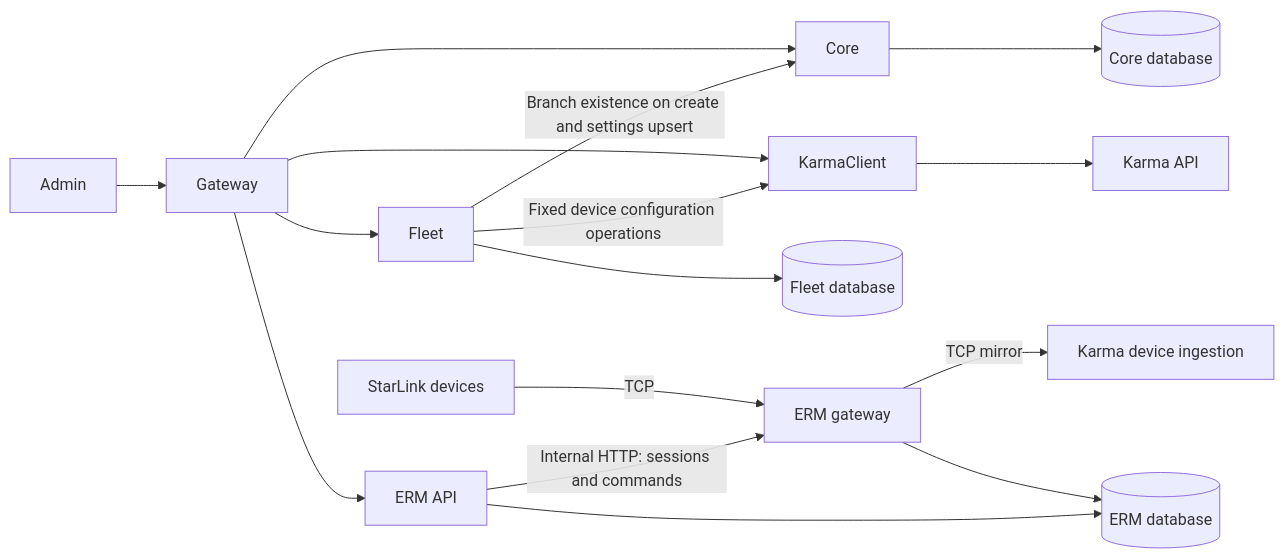
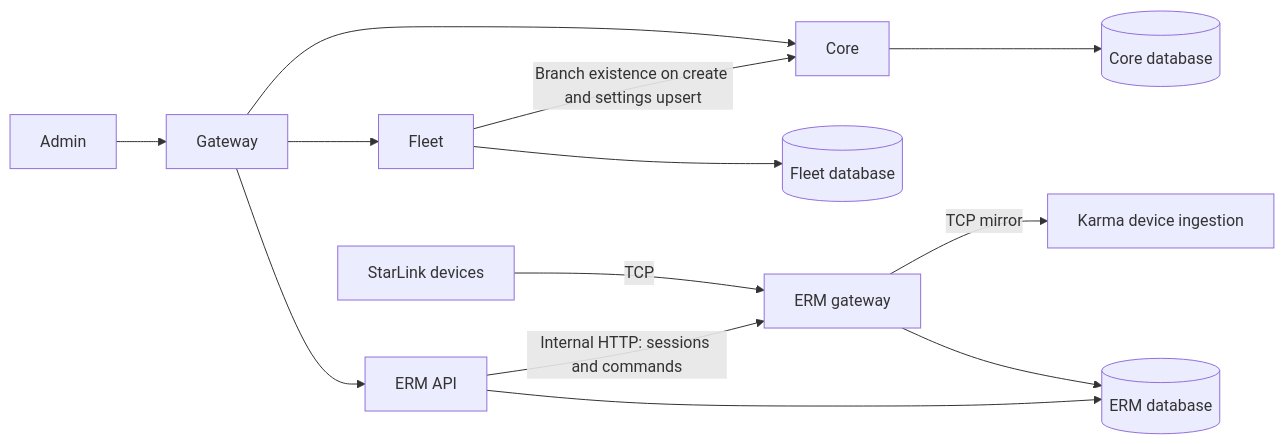
The diagram in docs/architecture/overview.md (agavazov/holita), drawn with Mermaid before and after one commit. The commit also changed other lines of this file and 380 other files, not shown here.

First line of the commit message:
refactor: remove the Karma Client application

````diff
--- a/docs/architecture/overview.md
+++ b/docs/architecture/overview.md
@@ -63,18 +57,15 @@
 ```mermaid
 flowchart LR
   Admin --> Gateway
   Gateway --> Core
   Gateway --> Fleet
-  Gateway --> KarmaClient
   Gateway --> ERMServer
-  KarmaClient --> KarmaAPI[Karma API]
-  Fleet -->|Fixed device configuration operations| KarmaClient
   Core --> CoreDB[(Core database)]
   Fleet --> FleetDB[(Fleet database)]
   Fleet -->|Branch existence on create and settings upsert| Core
   Devices[StarLink devices] -->|TCP| ERMGateway[ERM gateway]
   ERMServer[ERM API] -->|Internal HTTP: sessions and commands| ERMGateway
   ERMGateway -->|TCP mirror| KarmaIngestion[Karma device ingestion]
   ERMGateway --> ERMDB[(ERM database)]
   ERMServer --> ERMDB
 ```
````
